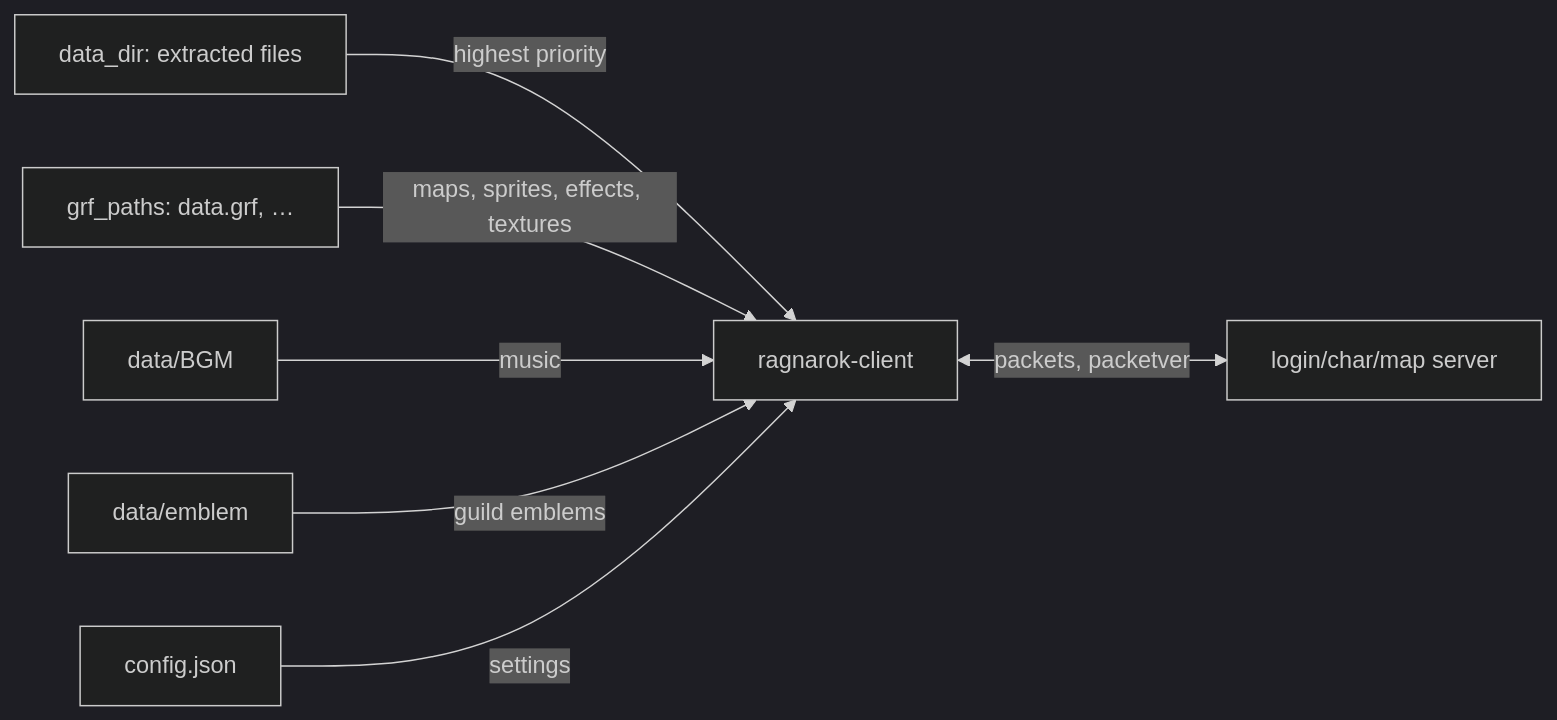
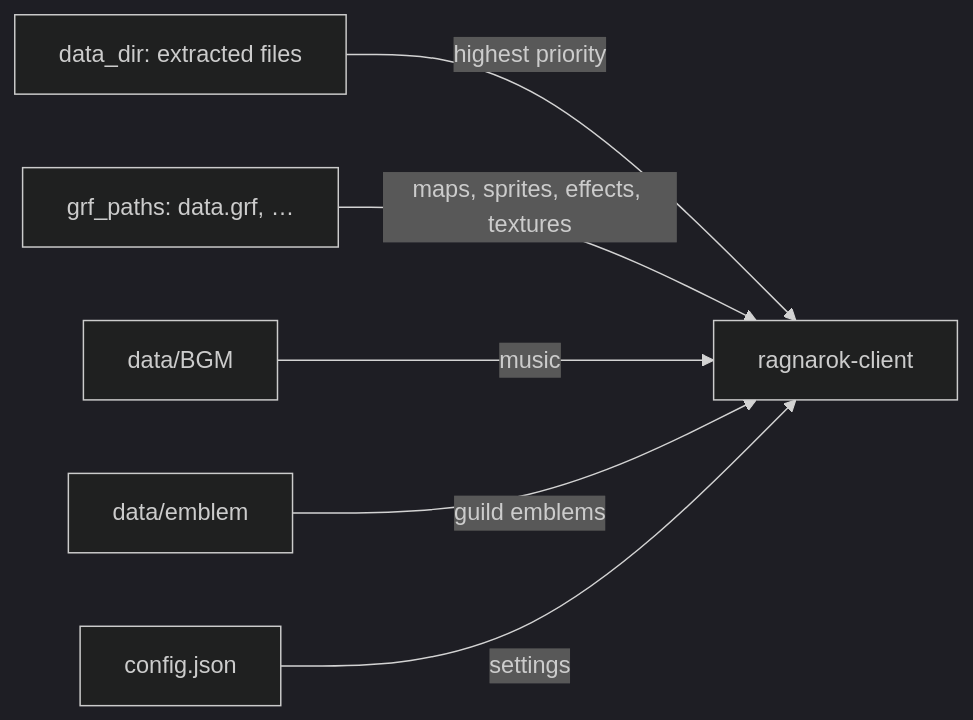
Before and after one commit to nmeylan/nostalro-client: the diagram in README.md, drawn with Mermaid (dark theme). The commit also changed other lines of this file and 1 other file, not shown here.

````diff
--- a/README.md
+++ b/README.md
@@ -55,9 +53,8 @@
 ```mermaid
 flowchart LR
     datadir[data_dir: extracted files] -->|highest priority| client[ragnarok-client]
     grf[grf_paths: data.grf, …] -->|maps, sprites, effects, textures| client
     bgm[data/BGM] -->|music| client
     emblem[data/emblem] -->|guild emblems| client
     config[config.json] -->|settings| client
-    client <-->|packets, packetver| server[login/char/map server]
 ```
````
